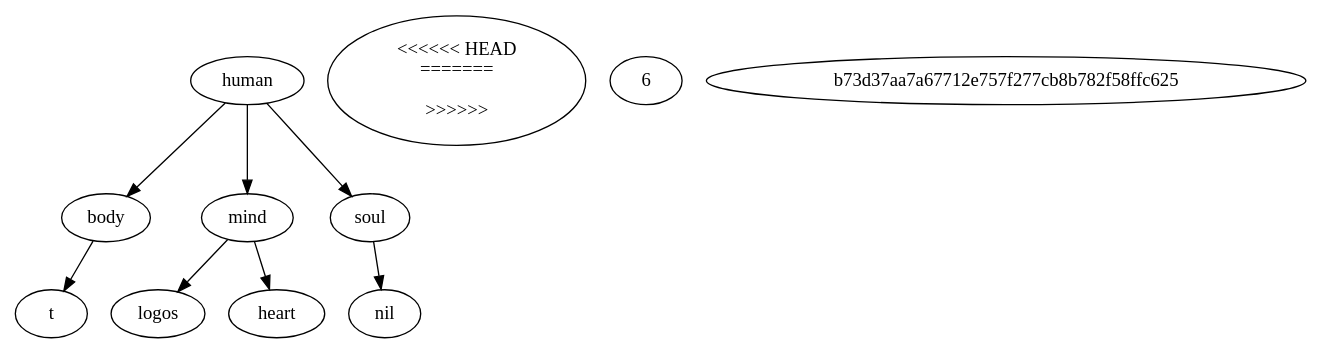
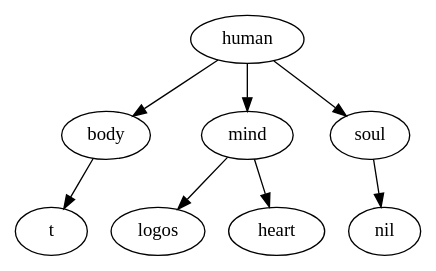
The diagram in h.dot (taeyoungchoon/taeyoungchoon.github.io), drawn with Graphviz before and after one commit. The commit also changed 1 other file, not shown here.

```diff
--- a/h.dot
+++ b/h.dot
@@ -1,19 +1,15 @@
 //
 // graphviz-dot-mode
 //
 // M-x compile
 // C-c p
 //
 
 digraph human {
 
 human -> body -> t;
 human -> mind;
 mind -> logos;
 mind -> heart;
 human -> soul -> nil;
-<<<<<<< HEAD
-=======
-
->>>>>>> 6b73d37aa7a67712e757f277cb8b782f58ffc625
 }
```
